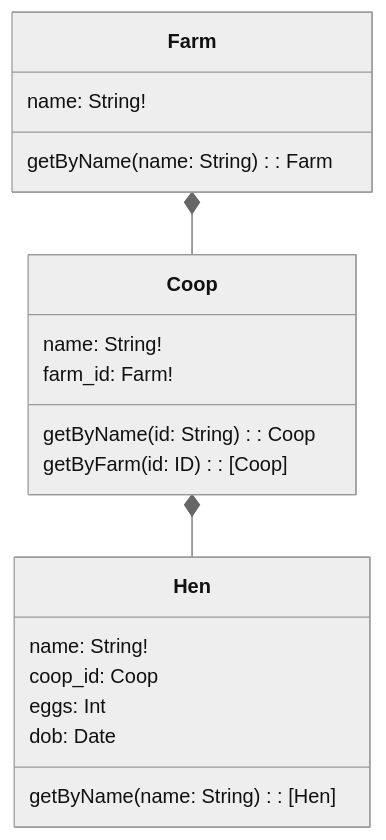
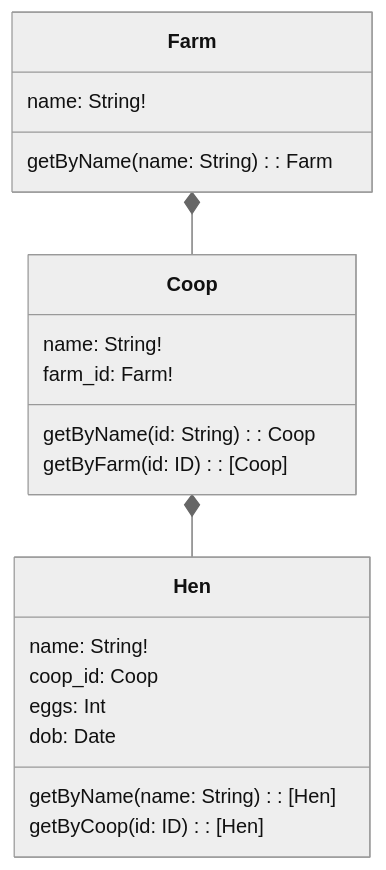
One commit to tsmarsh/meshobj changed the first of 2 diagrams in packages/merminator/README.md. Above: the diagram before and after it, drawn with Mermaid (neutral theme). The commit also changed other lines of this file, not shown here.

````diff
--- a/packages/merminator/README.md
+++ b/packages/merminator/README.md
@@ -130,29 +30,25 @@
 ```mermaid
 classDiagram
-
   Farm *-- Coop
   class Farm {
     name: String!
-
     getByName(name: String): Farm
   }
-
 
   Coop *-- Hen
   class Coop {
     name: String!
     farm_id: Farm!
-
     getByName(id: String): Coop
     getByFarm(id: ID): [Coop]
   }
 
   class Hen {
     name: String!
     coop_id: Coop
     eggs: Int
     dob: Date
-
     getByName(name: String): [Hen]
+    getByCoop(id: ID): [Hen]
   }
 ```
````
